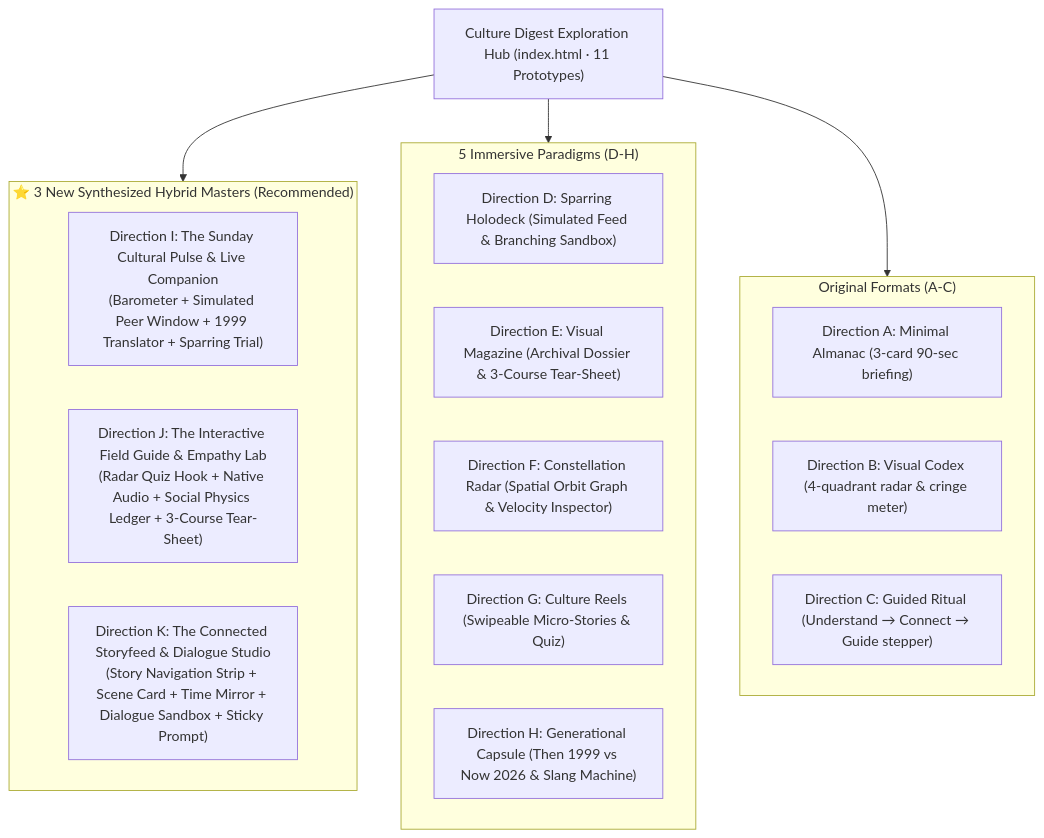
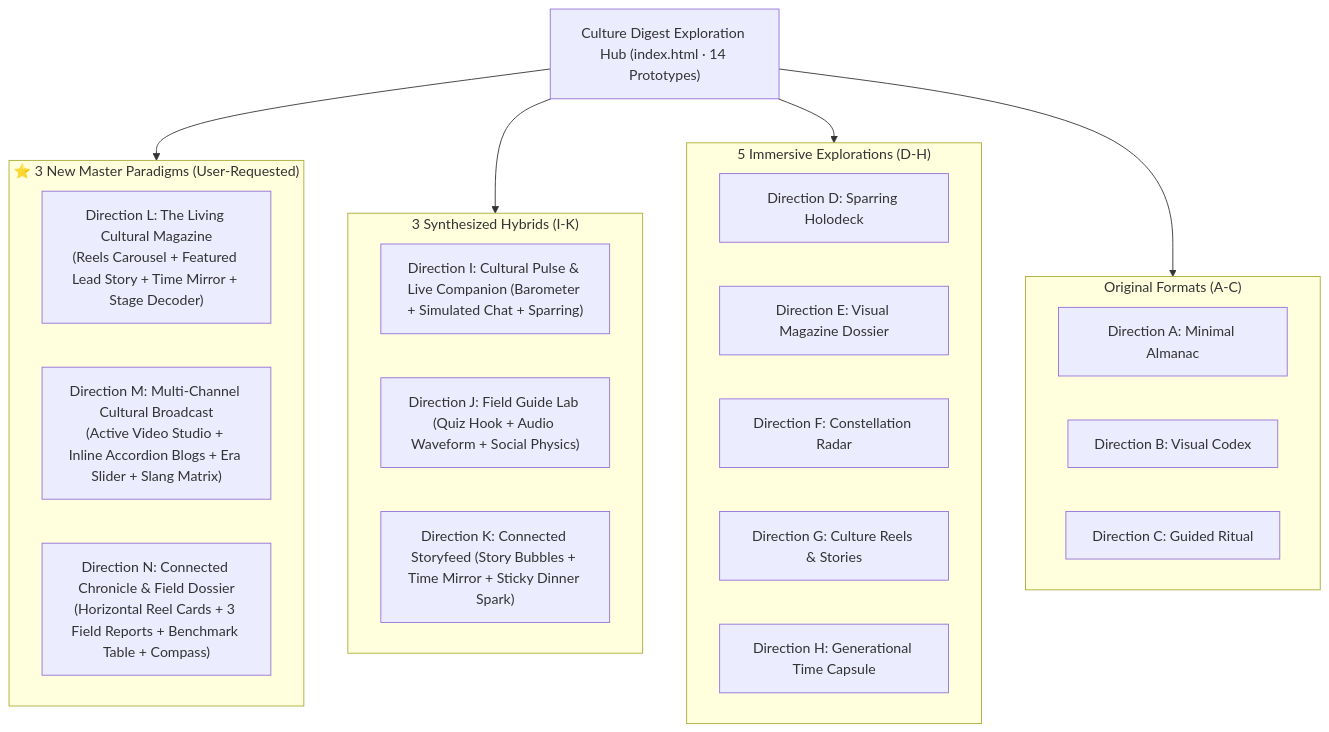
The second of 2 diagrams in design-explorations/culture-digest/DESIGN_ALTERNATIVES.md (Souheil007/AlongSide), drawn with Mermaid before and after one commit. The commit also changed other lines of this file and 5 other files, not shown here.

````diff
--- a/design-explorations/culture-digest/DESIGN_ALTERNATIVES.md
+++ b/design-explorations/culture-digest/DESIGN_ALTERNATIVES.md
@@ -31,28 +67,35 @@
 ```mermaid
 graph TD
-    Hub["Culture Digest Exploration Hub (index.html · 11 Prototypes)"]
+    Hub["Culture Digest Exploration Hub (index.html · 14 Prototypes)"]
     
-    subgraph SynthesizedHybrids["⭐ 3 New Synthesized Hybrid Masters (Recommended)"]
-        I["Direction I: The Sunday Cultural Pulse & Live Companion<br/>(Barometer + Simulated Peer Window + 1999 Translator + Sparring Trial)"]
-        J["Direction J: The Interactive Field Guide & Empathy Lab<br/>(Radar Quiz Hook + Native Audio + Social Physics Ledger + 3-Course Tear-Sheet)"]
-        K["Direction K: The Connected Storyfeed & Dialogue Studio<br/>(Story Navigation Strip + Scene Card + Time Mirror + Dialogue Sandbox + Sticky Prompt)"]
+    subgraph NewMasterParadigms["⭐ 3 New Master Paradigms (User-Requested)"]
+        L["Direction L: The Living Cultural Magazine<br/>(Reels Carousel + Featured Lead Story + Time Mirror + Stage Decoder)"]
+        M["Direction M: Multi-Channel Cultural Broadcast<br/>(Active Video Studio + Inline Accordion Blogs + Era Slider + Slang Matrix)"]
+        N["Direction N: Connected Chronicle & Field Dossier<br/>(Horizontal Reel Cards + 3 Field Reports + Benchmark Table + Compass)"]
     end
 
-    subgraph ImmersiveExplorations["5 Immersive Paradigms (D-H)"]
-        D["Direction D: Sparring Holodeck (Simulated Feed & Branching Sandbox)"]
-        E["Direction E: Visual Magazine (Archival Dossier & 3-Course Tear-Sheet)"]
-        F["Direction F: Constellation Radar (Spatial Orbit Graph & Velocity Inspector)"]
-        G["Direction G: Culture Reels (Swipeable Micro-Stories & Quiz)"]
-        H["Direction H: Generational Capsule (Then 1999 vs Now 2026 & Slang Machine)"]
+    subgraph SynthesizedHybrids["3 Synthesized Hybrids (I-K)"]
+        I["Direction I: Cultural Pulse & Live Companion (Barometer + Simulated Chat + Sparring)"]
+        J["Direction J: Field Guide Lab (Quiz Hook + Audio Waveform + Social Physics)"]
+        K["Direction K: Connected Storyfeed (Story Bubbles + Time Mirror + Sticky Dinner Spark)"]
     end
 
-    subgraph OriginalExplorations["Original Formats (A-C)"]
-        A["Direction A: Minimal Almanac (3-card 90-sec briefing)"]
-        B["Direction B: Visual Codex (4-quadrant radar & cringe meter)"]
-        C["Direction C: Guided Ritual (Understand → Connect → Guide stepper)"]
+    subgraph ImmersiveParadigms["5 Immersive Explorations (D-H)"]
+        D["Direction D: Sparring Holodeck"]
+        E["Direction E: Visual Magazine Dossier"]
+        F["Direction F: Constellation Radar"]
+        G["Direction G: Culture Reels & Stories"]
+        H["Direction H: Generational Time Capsule"]
     end
 
+    subgraph OriginalFormats["Original Formats (A-C)"]
+        A["Direction A: Minimal Almanac"]
+        B["Direction B: Visual Codex"]
+        C["Direction C: Guided Ritual"]
+    end
+
+    Hub --> NewMasterParadigms
     Hub --> SynthesizedHybrids
-    Hub --> ImmersiveExplorations
-    Hub --> OriginalExplorations
+    Hub --> ImmersiveParadigms
+    Hub --> OriginalFormats
 ```
````
